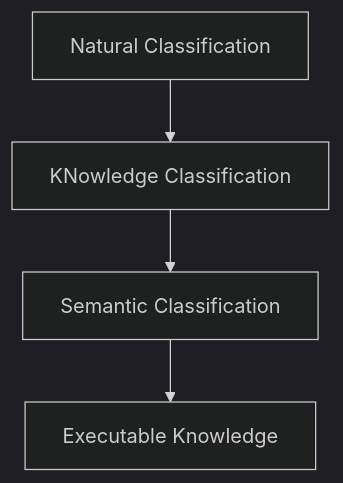
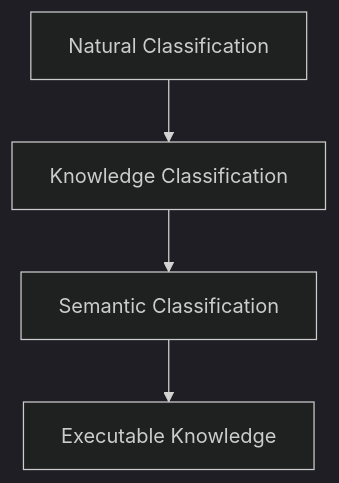
One commit to yasenstar/protege_pizza changed diagram 16 of 16 in ebook/markdown/ch16.md. Above: the diagram before and after it, drawn with Mermaid (dark theme). The commit also changed other lines of this file, not shown here.

````diff
--- a/ebook/markdown/ch16.md
+++ b/ebook/markdown/ch16.md
@@ -1465,7 +1465,7 @@
 ```mermaid
 flowchart TD
 A[Natural Classification]
--->B[KNowledge Classification]
+-->B[Knowledge Classification]
 -->C[Semantic Classification]
 -->D[Executable Knowledge]
 ```
````
